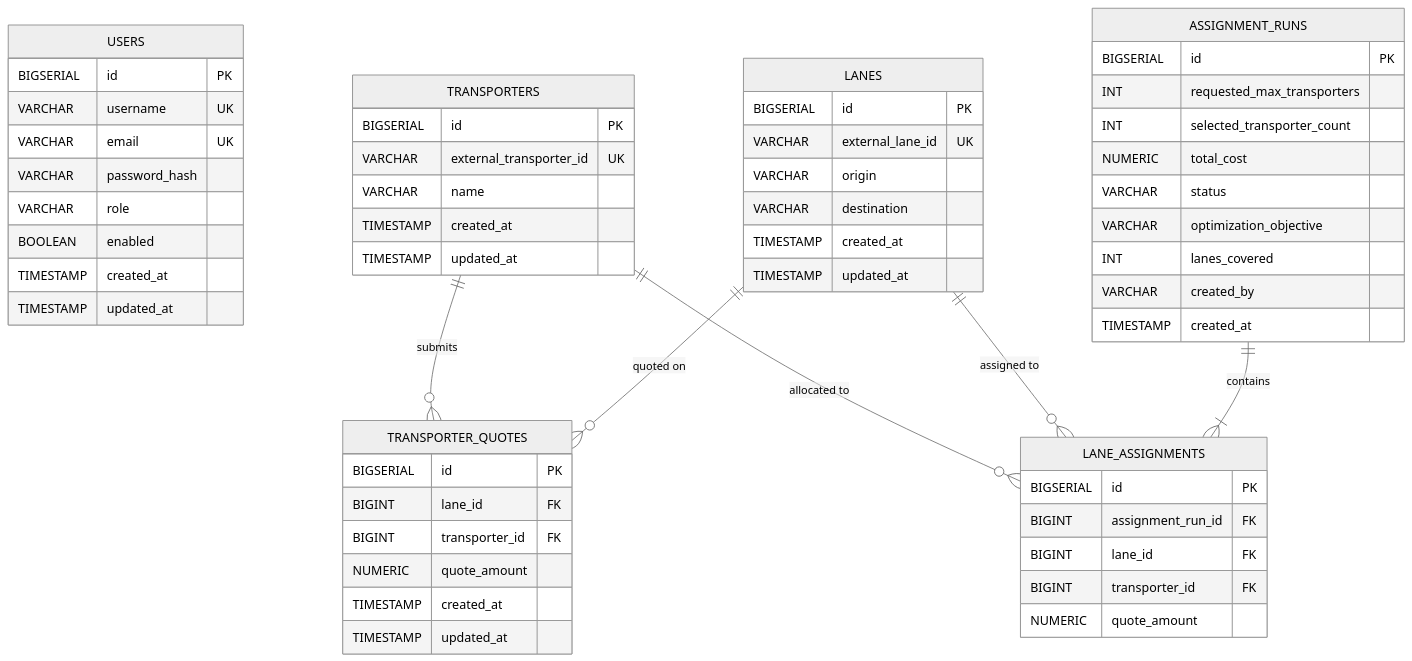
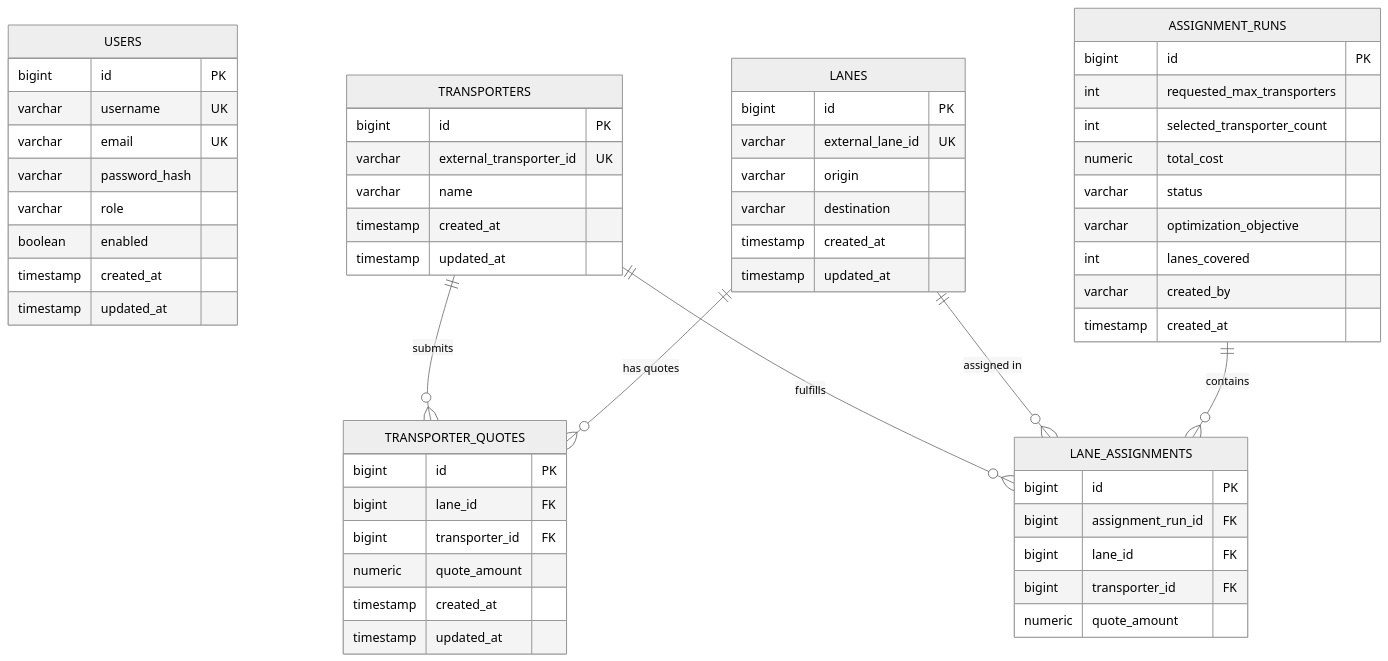
Before and after one commit to harshsingh910/freightfox-transporter-assignment: the second of 2 diagrams in README.md, drawn with Mermaid (neutral theme). The commit also changed other lines of this file and 1 other file, not shown here.

````diff
--- a/README.md
+++ b/README.md
@@ -170,65 +521,65 @@
 ```mermaid
 erDiagram
     USERS {
-        BIGSERIAL id PK
-        VARCHAR username UK
-        VARCHAR email UK
-        VARCHAR password_hash
-        VARCHAR role
-        BOOLEAN enabled
-        TIMESTAMP created_at
-        TIMESTAMP updated_at
+        bigint id PK
+        varchar username UK
+        varchar email UK
+        varchar password_hash
+        varchar role
+        boolean enabled
+        timestamp created_at
+        timestamp updated_at
     }
 
     LANES {
-        BIGSERIAL id PK
-        VARCHAR external_lane_id UK
-        VARCHAR origin
-        VARCHAR destination
-        TIMESTAMP created_at
-        TIMESTAMP updated_at
+        bigint id PK
+        varchar external_lane_id UK
+        varchar origin
+        varchar destination
+        timestamp created_at
+        timestamp updated_at
     }
 
     TRANSPORTERS {
-        BIGSERIAL id PK
-        VARCHAR external_transporter_id UK
-        VARCHAR name
-        TIMESTAMP created_at
-        TIMESTAMP updated_at
+        bigint id PK
+        varchar external_transporter_id UK
+        varchar name
+        timestamp created_at
+        timestamp updated_at
     }
 
     TRANSPORTER_QUOTES {
-        BIGSERIAL id PK
-        BIGINT lane_id FK
-        BIGINT transporter_id FK
-        NUMERIC quote_amount
-        TIMESTAMP created_at
-        TIMESTAMP updated_at
+        bigint id PK
+        bigint lane_id FK
+        bigint transporter_id FK
+        numeric quote_amount
+        timestamp created_at
+        timestamp updated_at
     }
 
     ASSIGNMENT_RUNS {
-        BIGSERIAL id PK
-        INT requested_max_transporters
-        INT selected_transporter_count
-        NUMERIC total_cost
-        VARCHAR status
-        VARCHAR optimization_objective
-        INT lanes_covered
-        VARCHAR created_by
-        TIMESTAMP created_at
+        bigint id PK
+        int requested_max_transporters
+        int selected_transporter_count
+        numeric total_cost
+        varchar status
+        varchar optimization_objective
+        int lanes_covered
+        varchar created_by
+        timestamp created_at
     }
 
     LANE_ASSIGNMENTS {
-        BIGSERIAL id PK
-        BIGINT assignment_run_id FK
-        BIGINT lane_id FK
-        BIGINT transporter_id FK
-        NUMERIC quote_amount
+        bigint id PK
+        bigint assignment_run_id FK
+        bigint lane_id FK
+        bigint transporter_id FK
+        numeric quote_amount
     }
 
-    LANES ||--o{ TRANSPORTER_QUOTES : "quoted on"
+    LANES ||--o{ TRANSPORTER_QUOTES : "has quotes"
     TRANSPORTERS ||--o{ TRANSPORTER_QUOTES : "submits"
-    ASSIGNMENT_RUNS ||--|{ LANE_ASSIGNMENTS : "contains"
-    LANES ||--o{ LANE_ASSIGNMENTS : "assigned to"
-    TRANSPORTERS ||--o{ LANE_ASSIGNMENTS : "allocated to"
+    ASSIGNMENT_RUNS ||--o{ LANE_ASSIGNMENTS : "contains"
+    LANES ||--o{ LANE_ASSIGNMENTS : "assigned in"
+    TRANSPORTERS ||--o{ LANE_ASSIGNMENTS : "fulfills"
 ```
````
